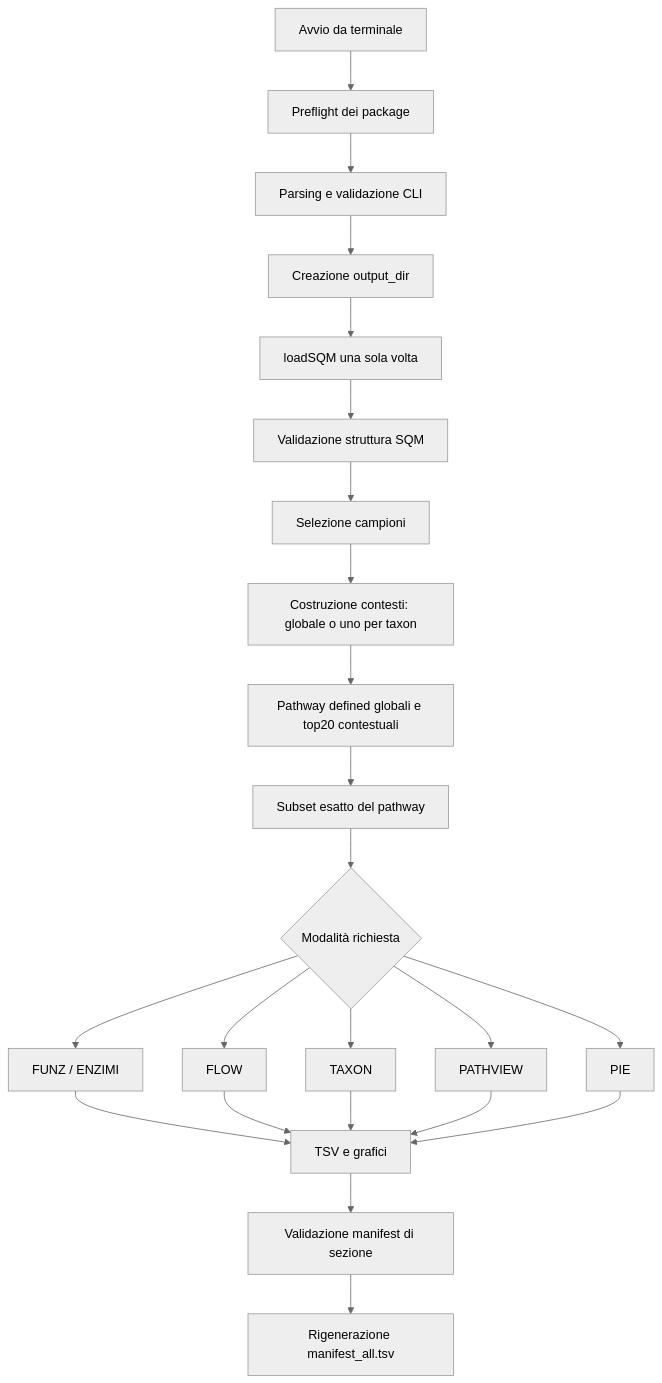
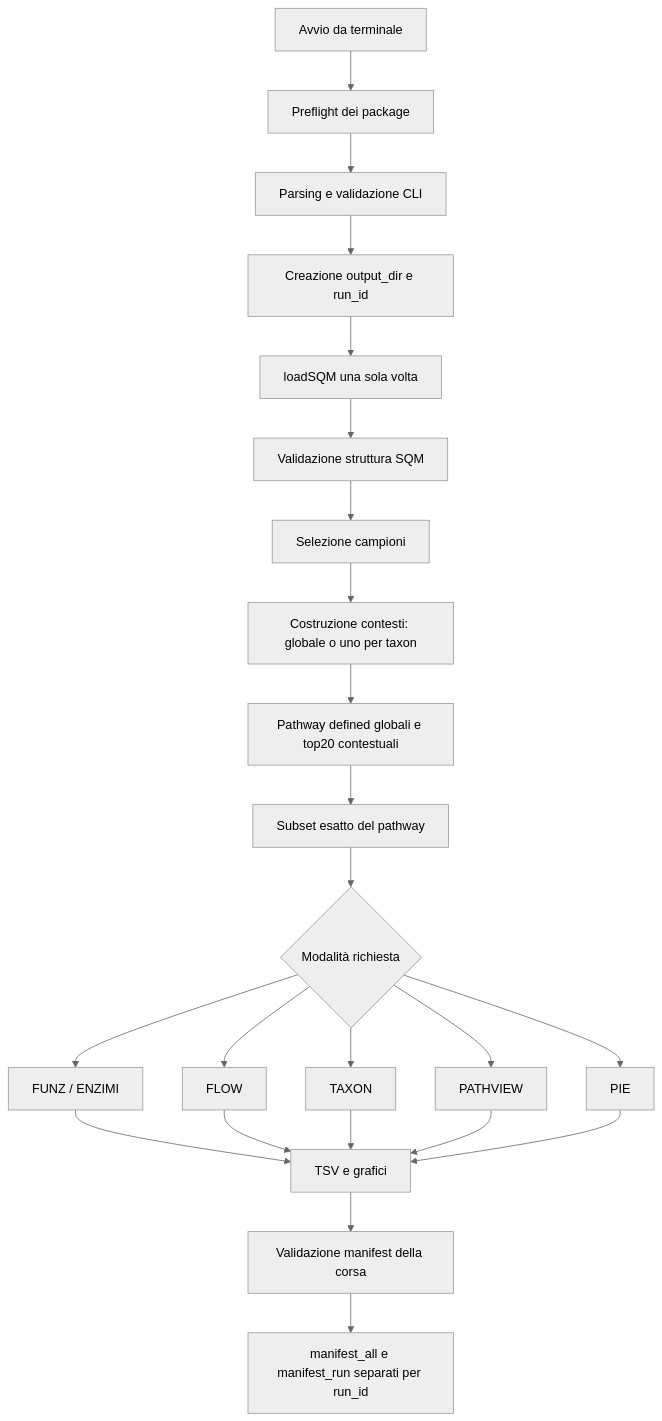
One commit to Di-Gregorio-s-Lab/SQM_to_R_image changed the diagram in GUIDA_LOGICA_SQM_PLOTS.md. Above: the diagram before and after it, drawn with Mermaid (neutral theme). The commit also changed other lines of this file and 16 other files, not shown here.

````diff
--- a/GUIDA_LOGICA_SQM_PLOTS.md
+++ b/GUIDA_LOGICA_SQM_PLOTS.md
@@ -52,25 +52,25 @@
 ```mermaid
 flowchart TD
     A[Avvio da terminale] --> B[Preflight dei package]
     B --> C[Parsing e validazione CLI]
-    C --> D[Creazione output_dir]
+    C --> D[Creazione output_dir e run_id]
     D --> E[loadSQM una sola volta]
     E --> F[Validazione struttura SQM]
     F --> G[Selezione campioni]
     G --> H[Costruzione contesti: globale o uno per taxon]
     H --> I[Pathway defined globali e top20 contestuali]
     I --> J[Subset esatto del pathway]
     J --> K{Modalità richiesta}
     K --> L[FUNZ / ENZIMI]
     K --> M[FLOW]
     K --> N[TAXON]
     K --> O[PATHVIEW]
     K --> P[PIE]
     L --> Q[TSV e grafici]
     M --> Q
     N --> Q
     O --> Q
     P --> Q
-    Q --> R[Validazione manifest di sezione]
-    R --> S[Rigenerazione manifest_all.tsv]
+    Q --> R[Validazione manifest della corsa]
+    R --> S[manifest_all e manifest_run separati per run_id]
 ```
````
